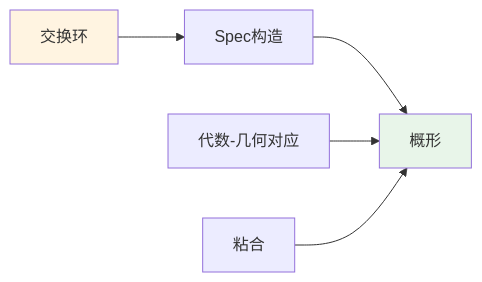
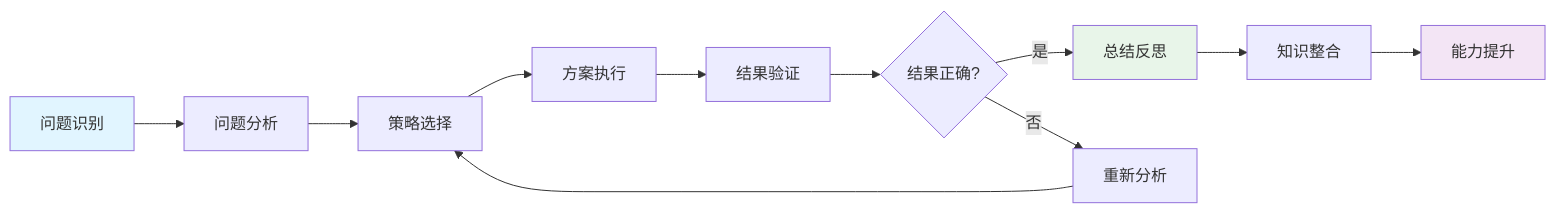
One commit to AdaMartin18010/FormalMath changed the fourth of 11 diagrams in concept/核心概念/21-概形.md. Above: the diagram before and after it, drawn with Mermaid. The commit also changed other lines of this file and 4793 other files, not shown here.

````diff
--- a/concept/核心概念/21-概形.md
+++ b/concept/核心概念/21-概形.md
@@ -680,10 +1223,18 @@
 ```mermaid
 graph LR
-    A[交换环] --> B[Spec构造]
-    B --> C[概形]
-    D[代数-几何对应] --> C
-    E[粘合] --> C
+    A[问题识别] --> B[问题分析]
+    B --> C[策略选择]
+    C --> D[方案执行]
+    D --> E[结果验证]
+    E --> F{结果正确?}
+    F -->|是| G[总结反思]
+    F -->|否| H[重新分析]
+    H --> C
 
-    style A fill:#fff4e1
-    style C fill:#e8f5e9
+    G --> I[知识整合]
+    I --> J[能力提升]
+
+    style A fill:#e1f5ff
+    style G fill:#e8f5e9
+    style J fill:#f3e5f5
 ```
````
